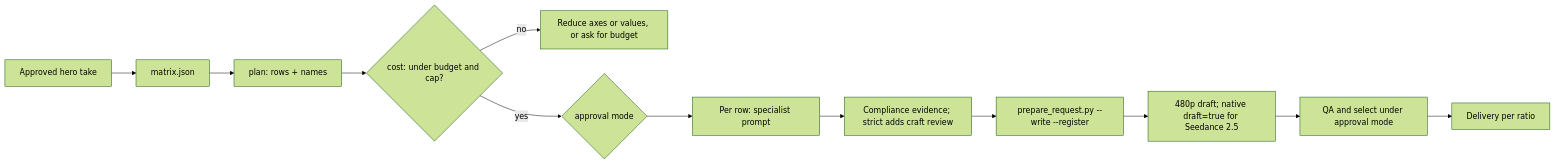
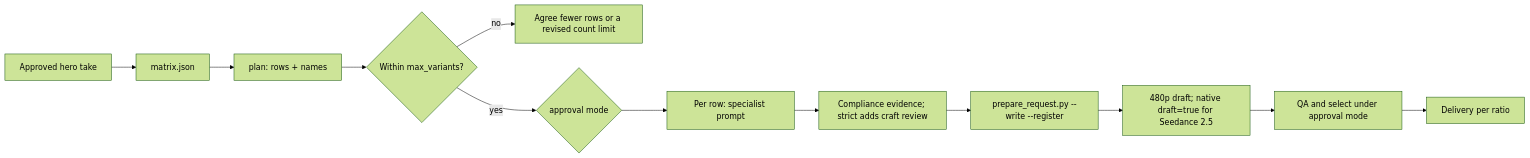
The diagram in .agents/skills/ad-variant-matrix/SKILL.md (byteplus-sa/seed-marketing-studio), drawn with Mermaid (forest theme) before and after one commit. The commit also changed other lines of this file and 49 other files, not shown here.

````diff
--- a/.agents/skills/ad-variant-matrix/SKILL.md
+++ b/.agents/skills/ad-variant-matrix/SKILL.md
@@ -70,14 +71,14 @@
 ```mermaid
 flowchart LR
   H[Approved hero take] --> M[matrix.json]
   M --> P[plan: rows + names]
-  P --> C{cost: under budget and cap?}
-  C -->|no| R[Reduce axes or values, or ask for budget]
+  P --> C{Within max_variants?}
+  C -->|no| R[Agree fewer rows or a revised count limit]
   C -->|yes| A{approval mode}
   A --> W[Per row: specialist prompt]
   W --> PR[Compliance evidence; strict adds craft review]
   PR --> REG[prepare_request.py --write --register]
   REG --> S[480p draft; native draft=true for Seedance 2.5]
   S --> Q[QA and select under approval mode]
   Q --> D[Delivery per ratio]
 ```
````
